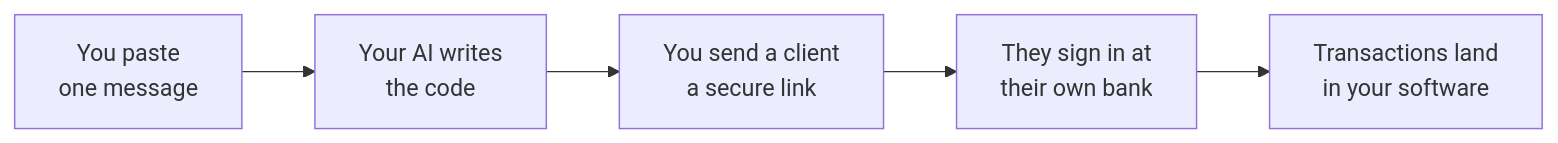
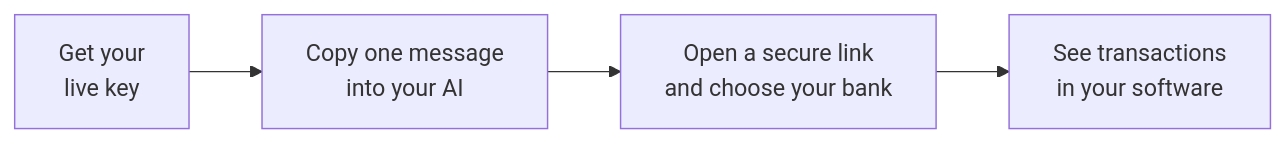
Before and after one commit to robson-silva-ledgersync/docs: the diagram in guides/build-with-ai.mdx, drawn with Mermaid. The commit also changed other lines of this file and 5 other files, not shown here.

Commit message:
docs: simplify AI bank setup for live access

````diff
--- a/guides/build-with-ai.mdx
+++ b/guides/build-with-ai.mdx
@@ -8,7 +8,6 @@
 ```mermaid
 graph LR
-  A[You paste<br/>one message] --> B[Your AI writes<br/>the code]
-  B --> C[You send a client<br/>a secure link]
-  C --> D[They sign in at<br/>their own bank]
-  D --> E[Transactions land<br/>in your software]
+  A[Get your<br/>live key] --> B[Copy one message<br/>into your AI]
+  B --> C[Open a secure link<br/>and choose your bank]
+  C --> D[See transactions<br/>in your software]
 ```
````
